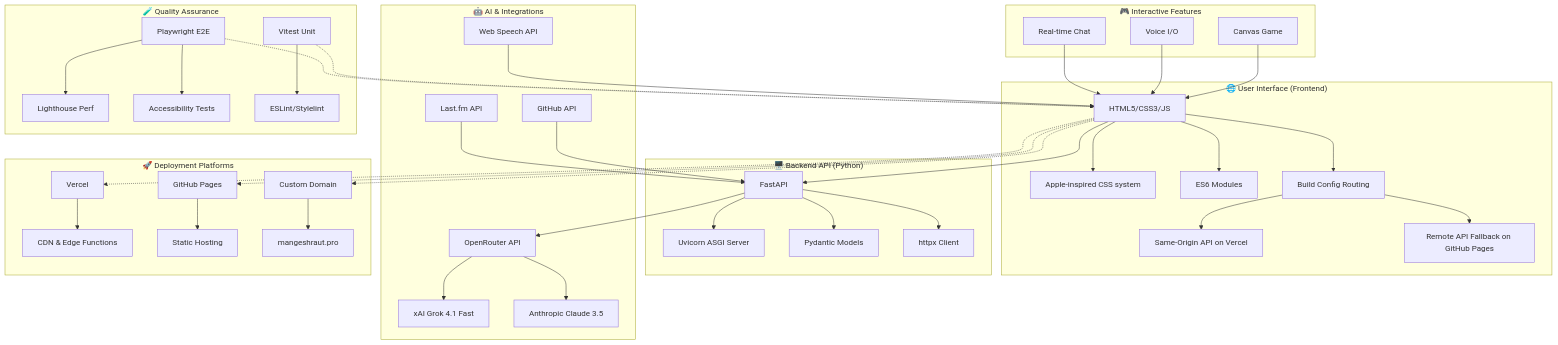
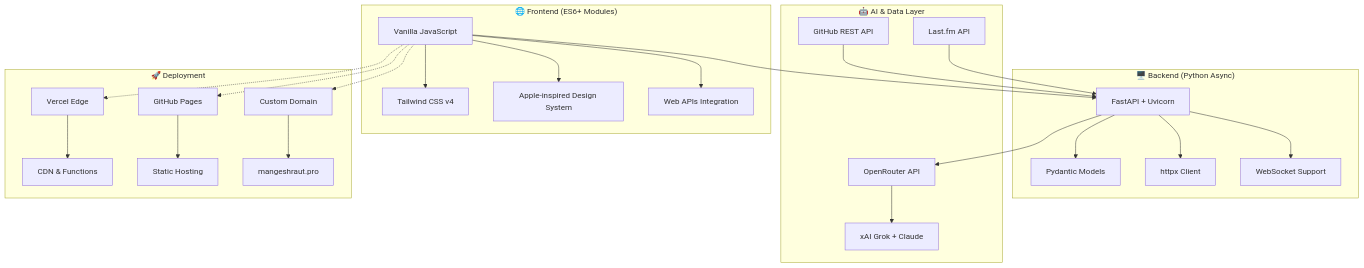
The diagram in README.md (mangeshraut712/mangeshrautarchive), drawn with Mermaid before and after one commit. The commit also changed other lines of this file, not shown here.

Commit message:
Redesign README for maximum visual appeal: Add hero image, interactive collapsible sections, improved tech badges with links, Apple-inspired styling, and comprehensive feature showcases

````diff
--- a/README.md
+++ b/README.md
@@ -37,50 +103,32 @@
 ```mermaid
 graph TB
-    subgraph "🌐 User Interface (Frontend)"
-        A[HTML5/CSS3/JS] --> B[Apple-inspired CSS system]
-        A --> C[ES6 Modules]
-        A --> D[Build Config Routing]
-        D --> E[Same-Origin API on Vercel]
-        D --> F[Remote API Fallback on GitHub Pages]
+    subgraph "🌐 Frontend (ES6+ Modules)"
+        A[Vanilla JavaScript] --> B[Tailwind CSS v4]
+        A --> C[Apple-inspired Design System]
+        A --> D[Web APIs Integration]
     end
 
-    subgraph "🖥️ Backend API (Python)"
-        G[FastAPI] --> H[Uvicorn ASGI Server]
-        G --> I[Pydantic Models]
-        G --> J[httpx Client]
+    subgraph "🖥️ Backend (Python Async)"
+        E[FastAPI + Uvicorn] --> F[Pydantic Models]
+        E --> G[httpx Client]
+        E --> H[WebSocket Support]
     end
 
-    subgraph "🤖 AI & Integrations"
-        K[OpenRouter API] --> L[xAI Grok 4.1 Fast]
-        K --> M[Anthropic Claude 3.5]
-        N[GitHub API] --> G
-        O[Last.fm API] --> G
-        P[Web Speech API] --> A
+    subgraph "🤖 AI & Data Layer"
+        I[OpenRouter API] --> J[xAI Grok + Claude]
+        K[GitHub REST API] --> E
+        L[Last.fm API] --> E
     end
 
-    subgraph "🎮 Interactive Features"
-        Q[Canvas Game] --> A
-        R[Voice I/O] --> A
-        S[Real-time Chat] --> A
+    subgraph "🚀 Deployment"
+        M[Vercel Edge] --> N[CDN & Functions]
+        O[GitHub Pages] --> P[Static Hosting]
+        Q[Custom Domain] --> R[mangeshraut.pro]
     end
 
-    subgraph "🚀 Deployment Platforms"
-        T[Vercel] --> U[CDN & Edge Functions]
-        V[GitHub Pages] --> W[Static Hosting]
-        X[Custom Domain] --> Y[mangeshraut.pro]
-    end
-
-    subgraph "🧪 Quality Assurance"
-        Z[Playwright E2E] --> AA[Lighthouse Perf]
-        Z --> BB[Accessibility Tests]
-        CC[Vitest Unit] --> DD[ESLint/Stylelint]
-    end
-
-    A --> G
-    G --> K
-    A -.-> T
-    A -.-> V
-    A -.-> X
-    CC -.-> A
-    Z -.-> A
+    A --> E
+    E --> I
+    A -.-> M
+    A -.-> O
+    A -.-> Q
 ```
````
